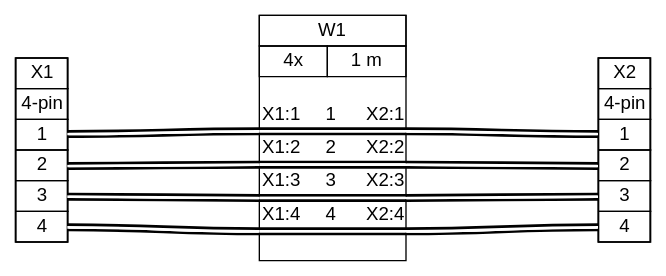
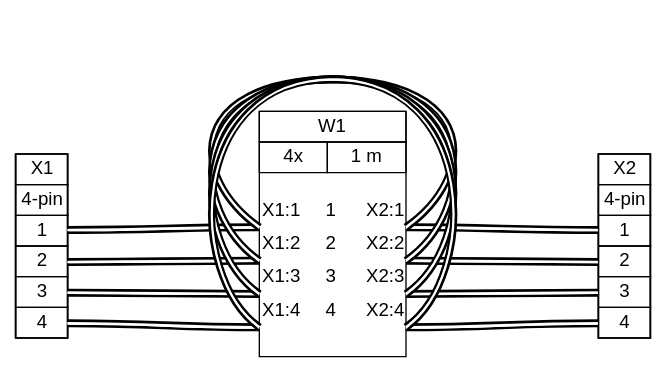
One commit to wireviz/WireViz changed the diagram in tutorial/tutorial01.gv. Above: the diagram before and after it, drawn with Graphviz. The commit also changed 104 other files, not shown here.

```diff
--- a/tutorial/tutorial01.gv
+++ b/tutorial/tutorial01.gv
@@ -1,164 +1,162 @@
 graph {
-// Graph generated by WireViz 0.4
+// Graph generated by WireViz 0.5-dev
 // https://github.com/formatc1702/WireViz
 	graph [bgcolor="#FFFFFF" fontname=arial nodesep=0.33 rankdir=LR ranksep=2]
 	node [fillcolor="#FFFFFF" fontname=arial height=0 margin=0 shape=none style=filled width=0]
 	edge [fontname=arial style=bold]
+	edge [headclip=true style=bold tailclip=true]
 	X1 [label=<
 <table border="0" cellspacing="0" cellpadding="0">
  <tr><td>
   <table border="0" cellspacing="0" cellpadding="3" cellborder="1"><tr>
    <td balign="left">X1</td>
   </tr></table>
  </td></tr>
  <tr><td>
   <table border="0" cellspacing="0" cellpadding="3" cellborder="1"><tr>
    <td balign="left">4-pin</td>
   </tr></table>
  </td></tr>
  <tr><td>
   <table border="0" cellspacing="0" cellpadding="3" cellborder="1">
    <tr>
     <td port="p1r">1</td>
    </tr>
    <tr>
     <td port="p2r">2</td>
    </tr>
    <tr>
     <td port="p3r">3</td>
    </tr>
    <tr>
     <td port="p4r">4</td>
    </tr>
   </table>
  </td></tr>
 </table>
 > fillcolor="#FFFFFF" shape=box style=filled]
+	edge [headclip=true style=bold tailclip=true]
 	X2 [label=<
 <table border="0" cellspacing="0" cellpadding="0">
  <tr><td>
   <table border="0" cellspacing="0" cellpadding="3" cellborder="1"><tr>
    <td balign="left">X2</td>
   </tr></table>
  </td></tr>
  <tr><td>
   <table border="0" cellspacing="0" cellpadding="3" cellborder="1"><tr>
    <td balign="left">4-pin</td>
   </tr></table>
  </td></tr>
  <tr><td>
   <table border="0" cellspacing="0" cellpadding="3" cellborder="1">
    <tr>
     <td port="p1l">1</td>
    </tr>
    <tr>
     <td port="p2l">2</td>
    </tr>
    <tr>
     <td port="p3l">3</td>
    </tr>
    <tr>
     <td port="p4l">4</td>
    </tr>
   </table>
  </td></tr>
 </table>
 > fillcolor="#FFFFFF" shape=box style=filled]
 	edge [color="#000000:#ffffff:#000000"]
 	X1:p1r:e -- W1:w1:w
 	W1:w1:e -- X2:p1l:w
+	W1:w1:w -- W1:w1:e [straight=straight]
 	edge [color="#000000:#ffffff:#000000"]
 	X1:p2r:e -- W1:w2:w
 	W1:w2:e -- X2:p2l:w
+	W1:w2:w -- W1:w2:e [straight=straight]
 	edge [color="#000000:#ffffff:#000000"]
 	X1:p3r:e -- W1:w3:w
 	W1:w3:e -- X2:p3l:w
+	W1:w3:w -- W1:w3:e [straight=straight]
 	edge [color="#000000:#ffffff:#000000"]
 	X1:p4r:e -- W1:w4:w
 	W1:w4:e -- X2:p4l:w
+	W1:w4:w -- W1:w4:e [straight=straight]
 	W1 [label=<
 <table border="0" cellspacing="0" cellpadding="0">
  <tr><td>
   <table border="0" cellspacing="0" cellpadding="3" cellborder="1"><tr>
    <td balign="left">W1</td>
   </tr></table>
  </td></tr>
  <tr><td>
   <table border="0" cellspacing="0" cellpadding="3" cellborder="1"><tr>
    <td balign="left">4x</td>
    <td balign="left">1 m</td>
   </tr></table>
  </td></tr>
  <tr><td>
   <table border="0" cellspacing="0" cellborder="0">
    <tr><td>&nbsp;</td></tr>
    <tr>
     <td>X1:1</td>
     <td>
      1
     </td>
     <td>X2:1</td>
    </tr>
    <tr>
     <td colspan="3" border="0" cellspacing="0" cellpadding="0" port="w1" height="6">
      <table cellspacing="0" cellborder="0" border="0">
-      <tr><td colspan="3" cellpadding="0" height="2" bgcolor="#000000" border="0"></td></tr>
-      <tr><td colspan="3" cellpadding="0" height="2" bgcolor="#ffffff" border="0"></td></tr>
-      <tr><td colspan="3" cellpadding="0" height="2" bgcolor="#000000" border="0"></td></tr>
+    <tr><td colspan="3" cellpadding="0" height="6" border="0"></td></tr>
      </table>
     </td>
    </tr>
    <tr>
     <td>X1:2</td>
     <td>
      2
     </td>
     <td>X2:2</td>
    </tr>
    <tr>
     <td colspan="3" border="0" cellspacing="0" cellpadding="0" port="w2" height="6">
      <table cellspacing="0" cellborder="0" border="0">
-      <tr><td colspan="3" cellpadding="0" height="2" bgcolor="#000000" border="0"></td></tr>
-      <tr><td colspan="3" cellpadding="0" height="2" bgcolor="#ffffff" border="0"></td></tr>
-      <tr><td colspan="3" cellpadding="0" height="2" bgcolor="#000000" border="0"></td></tr>
+    <tr><td colspan="3" cellpadding="0" height="6" border="0"></td></tr>
      </table>
     </td>
    </tr>
    <tr>
     <td>X1:3</td>
     <td>
      3
     </td>
     <td>X2:3</td>
    </tr>
    <tr>
     <td colspan="3" border="0" cellspacing="0" cellpadding="0" port="w3" height="6">
      <table cellspacing="0" cellborder="0" border="0">
-      <tr><td colspan="3" cellpadding="0" height="2" bgcolor="#000000" border="0"></td></tr>
-      <tr><td colspan="3" cellpadding="0" height="2" bgcolor="#ffffff" border="0"></td></tr>
-      <tr><td colspan="3" cellpadding="0" height="2" bgcolor="#000000" border="0"></td></tr>
+    <tr><td colspan="3" cellpadding="0" height="6" border="0"></td></tr>
      </table>
     </td>
    </tr>
    <tr>
     <td>X1:4</td>
     <td>
      4
     </td>
     <td>X2:4</td>
    </tr>
    <tr>
     <td colspan="3" border="0" cellspacing="0" cellpadding="0" port="w4" height="6">
      <table cellspacing="0" cellborder="0" border="0">
-      <tr><td colspan="3" cellpadding="0" height="2" bgcolor="#000000" border="0"></td></tr>
-      <tr><td colspan="3" cellpadding="0" height="2" bgcolor="#ffffff" border="0"></td></tr>
-      <tr><td colspan="3" cellpadding="0" height="2" bgcolor="#000000" border="0"></td></tr>
+    <tr><td colspan="3" cellpadding="0" height="6" border="0"></td></tr>
      </table>
     </td>
    </tr>
    <tr><td>&nbsp;</td></tr>
   </table>
  </td></tr>
 </table>
 > fillcolor="#FFFFFF" shape=box style=filled]
 }
```
